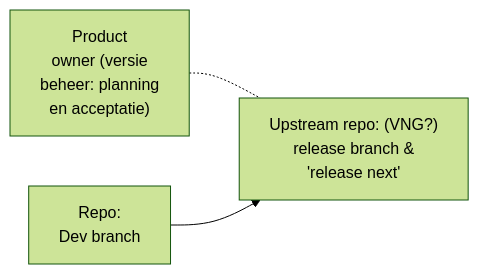
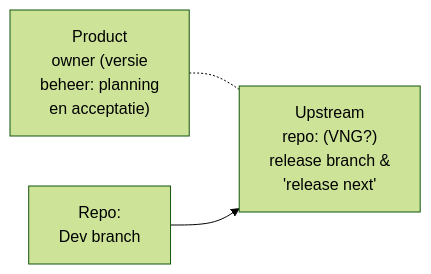
The third of 9 diagrams in docs/verslag-ecosysteem-en-rollen.md (open-zaak/samenwerken), drawn with Mermaid (forest theme) before and after one commit. The commit also changed other lines of this file, not shown here.

````diff
--- a/docs/verslag-ecosysteem-en-rollen.md
+++ b/docs/verslag-ecosysteem-en-rollen.md
@@ -125,11 +121,11 @@
 ```mermaid
 graph LR
     %% Nodes
     Dev1["Repo:<br/>Dev branch"]
-    Upstream["Upstream repo: (VNG?)<br/>release branch &<br/>'release next'"]
+    Upstream["Upstream<br/>repo: (VNG?)<br/>release branch &<br/>'release next'"]
     PO["Product<br/>owner (versie<br/>beheer: planning<br/>en acceptatie)"]
 
     %% Connections
     PO -.- Upstream
     Dev1 --> Upstream
 ```
````
